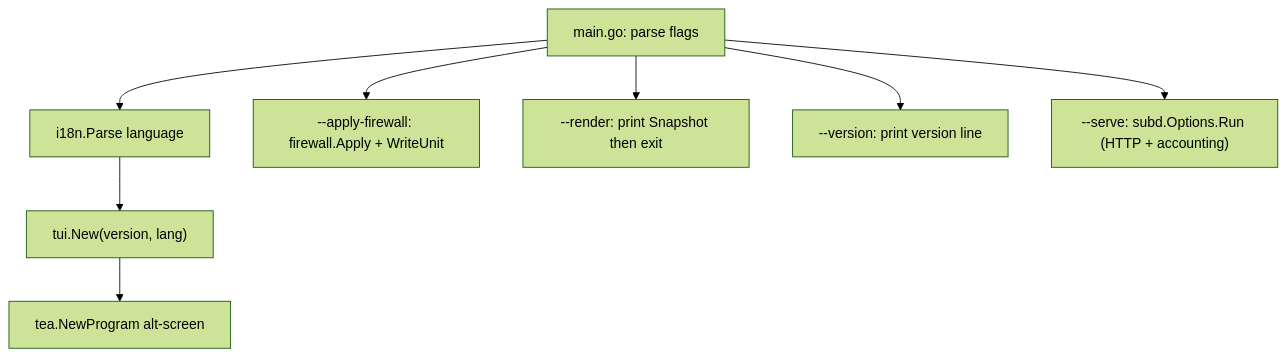
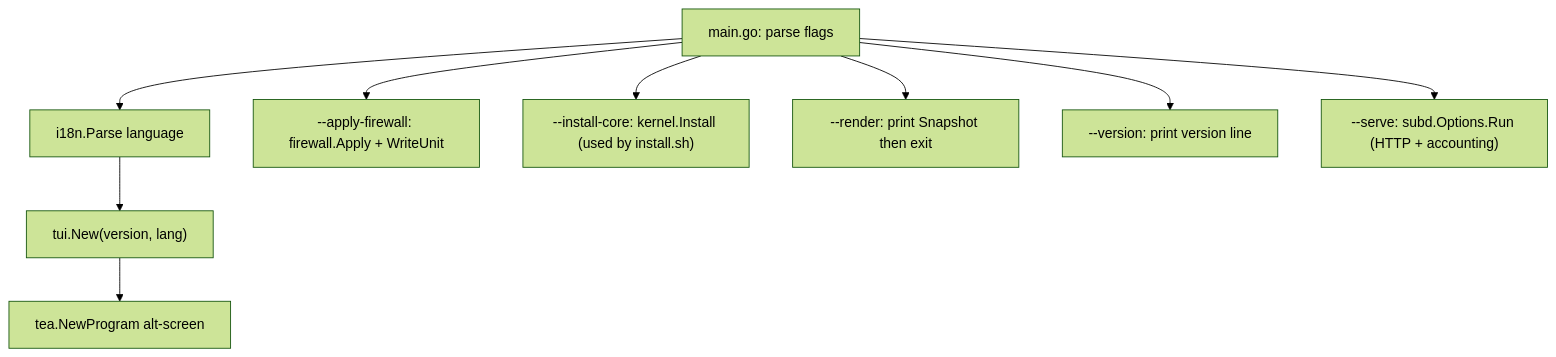
Before and after one commit to MinimaxFlora/EasySB: the diagram in docs/architecture.md, drawn with Mermaid (forest theme). The commit also changed other lines of this file and 14 other files, not shown here.

````diff
--- a/docs/architecture.md
+++ b/docs/architecture.md
@@ -81,10 +82,11 @@
 ```mermaid
 graph TD
     A["main.go: parse flags"] --> B["i18n.Parse language"]
     B --> C["tui.New(version, lang)"]
     C --> D["tea.NewProgram alt-screen"]
     A --> E["--apply-firewall: firewall.Apply + WriteUnit"]
+    A --> I["--install-core: kernel.Install (used by install.sh)"]
     A --> F["--render: print Snapshot then exit"]
     A --> G["--version: print version line"]
     A --> H["--serve: subd.Options.Run (HTTP + accounting)"]
 ```
````
